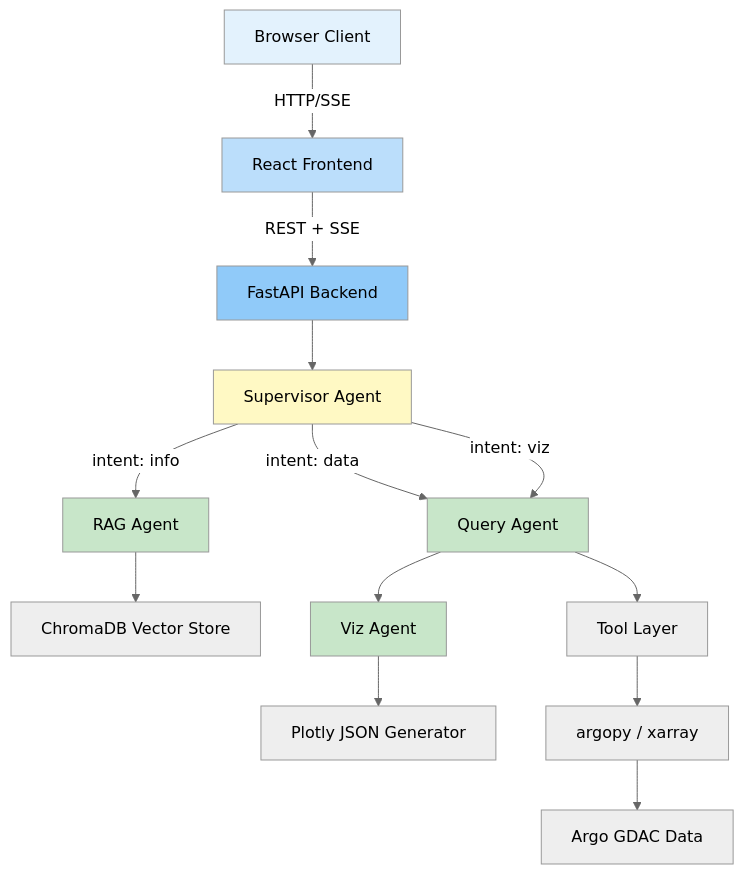
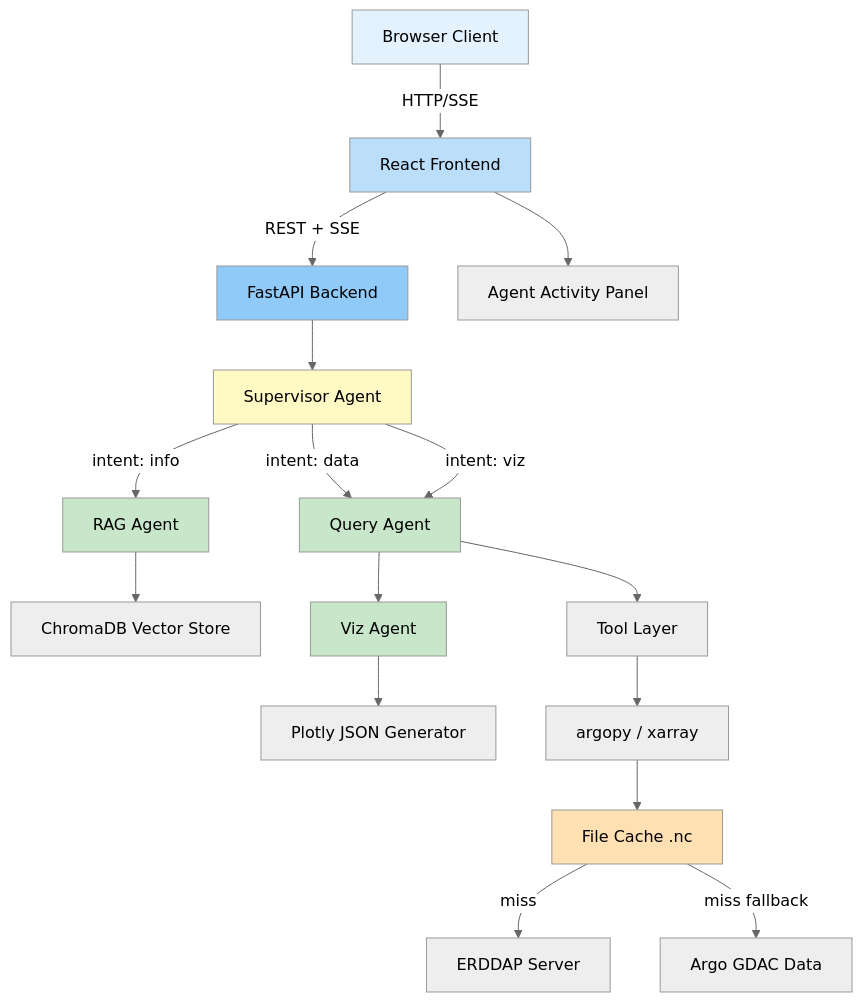
One commit to Alshehrifal/aquaquery changed the diagram in docs/architecture.md. Above: the diagram before and after it, drawn with Mermaid (neutral theme). The commit also changed other lines of this file and 12 other files, not shown here.

First line of the commit message:
feat: add ArgoDataManager with ERDDAP-first caching and Agent Activity Panel

````diff
--- a/docs/architecture.md
+++ b/docs/architecture.md
@@ -11,23 +11,27 @@
 ```mermaid
 graph TD
     User[Browser Client] -->|HTTP/SSE| FE[React Frontend]
     FE -->|REST + SSE| API[FastAPI Backend]
     API --> SUP[Supervisor Agent]
     SUP -->|intent: info| RAG[RAG Agent]
     SUP -->|intent: data| QA[Query Agent]
     SUP -->|intent: viz| QA
     QA --> VIZ[Viz Agent]
     RAG --> CHROMA[ChromaDB Vector Store]
     QA --> TOOLS[Tool Layer]
     TOOLS --> ARGO[argopy / xarray]
-    ARGO --> GDAC[Argo GDAC Data]
+    ARGO --> CACHE[File Cache .nc]
+    CACHE -->|miss| ERDDAP[ERDDAP Server]
+    CACHE -->|miss fallback| GDAC[Argo GDAC Data]
     VIZ --> PLOTLY[Plotly JSON Generator]
+    FE --> PANEL[Agent Activity Panel]
 
     style User fill:#e3f2fd
     style FE fill:#bbdefb
     style API fill:#90caf9
     style SUP fill:#fff9c4
     style RAG fill:#c8e6c9
     style QA fill:#c8e6c9
     style VIZ fill:#c8e6c9
+    style CACHE fill:#ffe0b2
 ```
````
